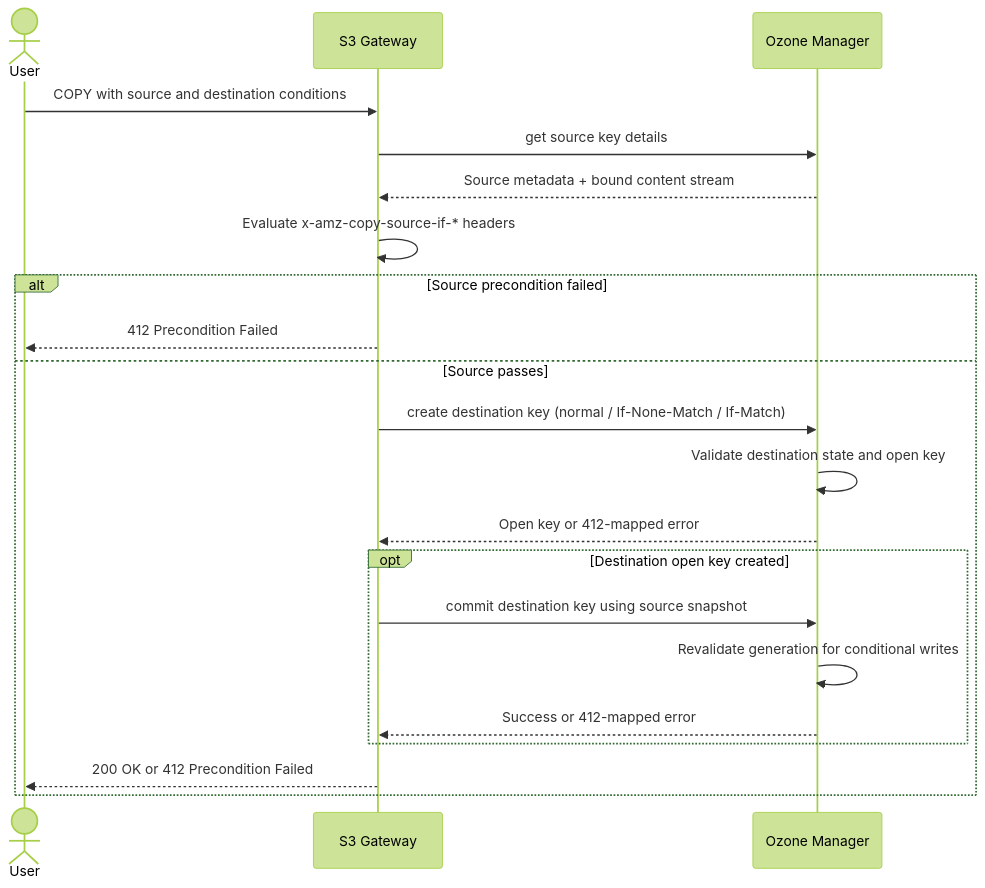
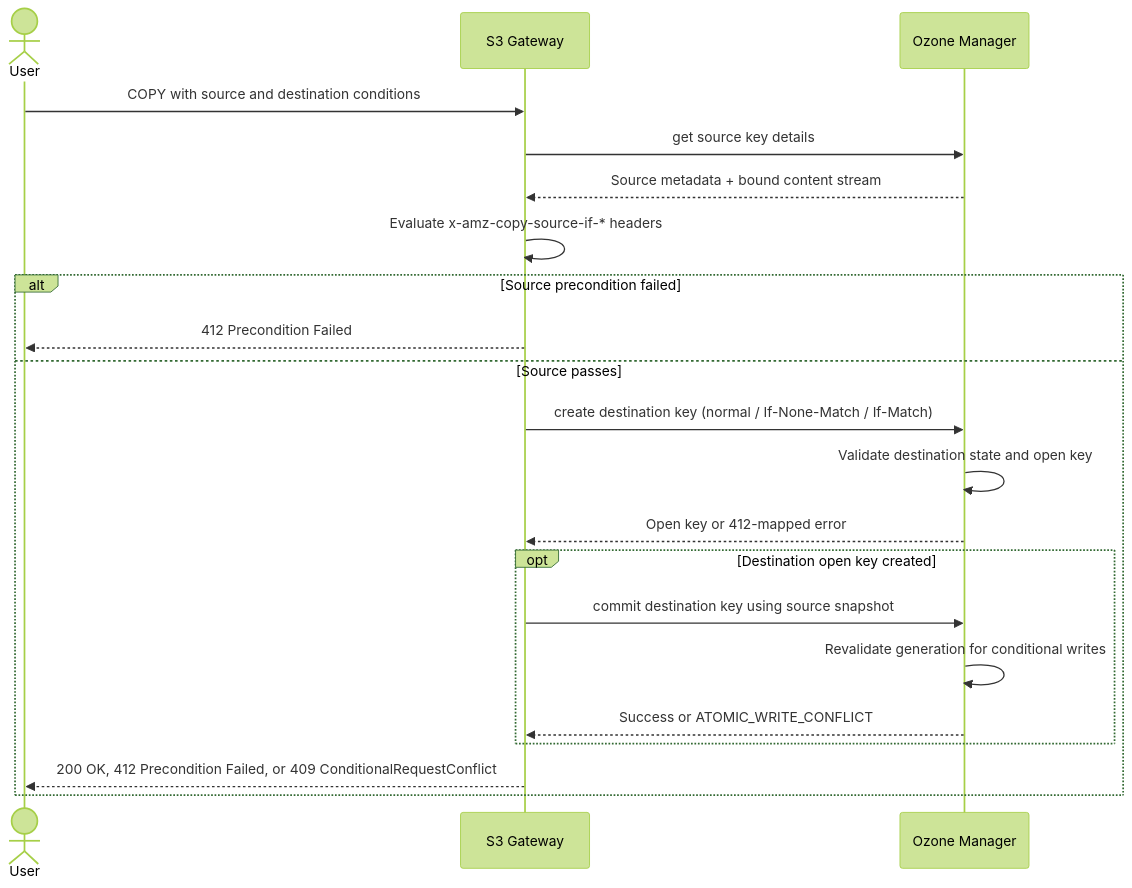
The fourth of 5 diagrams in hadoop-hdds/docs/content/design/s3-conditional-requests.md (peterxcli/ozone), drawn with Mermaid (forest theme) before and after one commit. The commit also changed other lines of this file, not shown here.

Commit message:
update s3 conditional request to include the concurrent conflict detection

````diff
--- a/hadoop-hdds/docs/content/design/s3-conditional-requests.md
+++ b/hadoop-hdds/docs/content/design/s3-conditional-requests.md
@@ -592,24 +617,24 @@
 ```mermaid
 sequenceDiagram
     actor User
     participant GW as S3 Gateway
     participant OM as Ozone Manager
 
     User->>GW: COPY with source and destination conditions
     GW->>OM: get source key details
     OM-->>GW: Source metadata + bound content stream
     GW->>GW: Evaluate x-amz-copy-source-if-* headers
     alt Source precondition failed
         GW-->>User: 412 Precondition Failed
     else Source passes
         GW->>OM: create destination key (normal / If-None-Match / If-Match)
         OM->>OM: Validate destination state and open key
         OM-->>GW: Open key or 412-mapped error
         opt Destination open key created
             GW->>OM: commit destination key using source snapshot
             OM->>OM: Revalidate generation for conditional writes
-            OM-->>GW: Success or 412-mapped error
+            OM-->>GW: Success or ATOMIC_WRITE_CONFLICT
         end
-        GW-->>User: 200 OK or 412 Precondition Failed
+        GW-->>User: 200 OK, 412 Precondition Failed, or 409 ConditionalRequestConflict
     end
 ```
````
